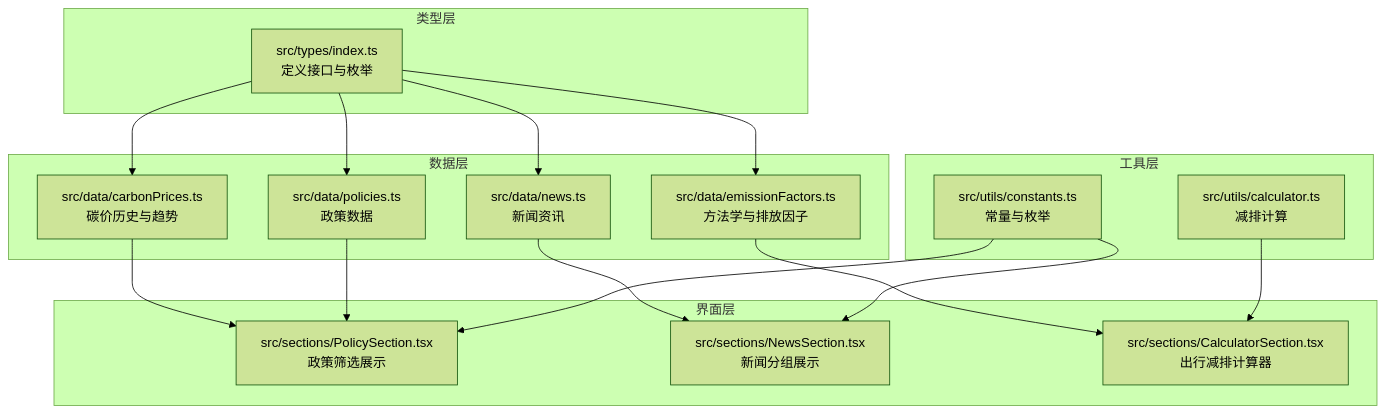
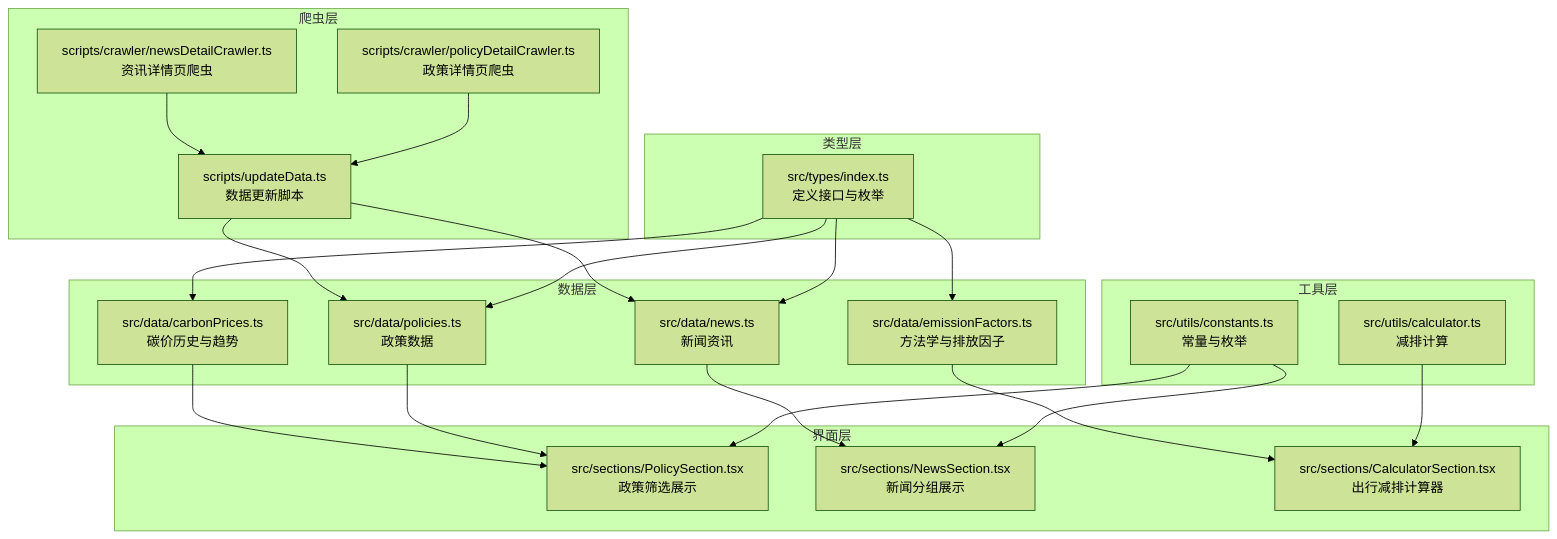
The first of 6 diagrams in .qoder/repowiki/zh/content/数据管理/数据模型定义.md (liangxuanliang-cmd/carbon-info-agent), drawn with Mermaid (forest theme) before and after one commit. The commit also changed other lines of this file and 8 other files, not shown here.

````diff
--- a/.qoder/repowiki/zh/content/数据管理/数据模型定义.md
+++ b/.qoder/repowiki/zh/content/数据管理/数据模型定义.md
@@ -39,32 +52,41 @@
 ```mermaid
 graph TB
 subgraph "类型层"
 T1["src/types/index.ts<br/>定义接口与枚举"]
 end
 subgraph "数据层"
 D1["src/data/policies.ts<br/>政策数据"]
 D2["src/data/emissionFactors.ts<br/>方法学与排放因子"]
 D3["src/data/news.ts<br/>新闻资讯"]
 D4["src/data/carbonPrices.ts<br/>碳价历史与趋势"]
+end
+subgraph "爬虫层"
+C1["scripts/crawler/policyDetailCrawler.ts<br/>政策详情页爬虫"]
+C2["scripts/crawler/newsDetailCrawler.ts<br/>资讯详情页爬虫"]
+C3["scripts/updateData.ts<br/>数据更新脚本"]
 end
 subgraph "工具层"
 U1["src/utils/constants.ts<br/>常量与枚举"]
 U2["src/utils/calculator.ts<br/>减排计算"]
 end
 subgraph "界面层"
 V1["src/sections/PolicySection.tsx<br/>政策筛选展示"]
 V2["src/sections/NewsSection.tsx<br/>新闻分组展示"]
 V3["src/sections/CalculatorSection.tsx<br/>出行减排计算器"]
 end
 T1 --> D1
 T1 --> D2
 T1 --> D3
 T1 --> D4
+C1 --> C3
+C2 --> C3
+C3 --> D1
+C3 --> D3
 U1 --> V1
 U1 --> V2
 U2 --> V3
 D1 --> V1
 D2 --> V3
 D3 --> V2
 D4 --> V1
 ```
````
